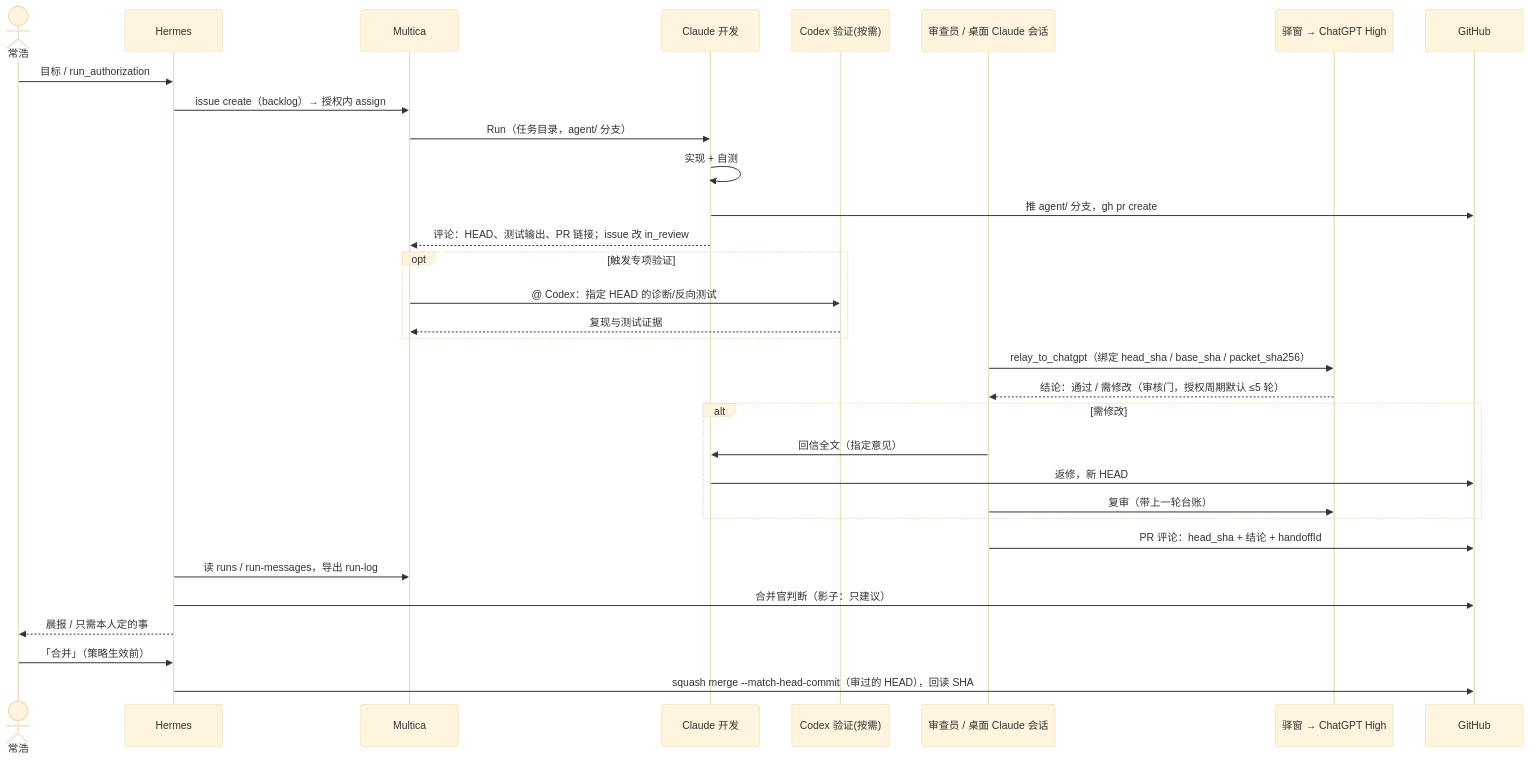
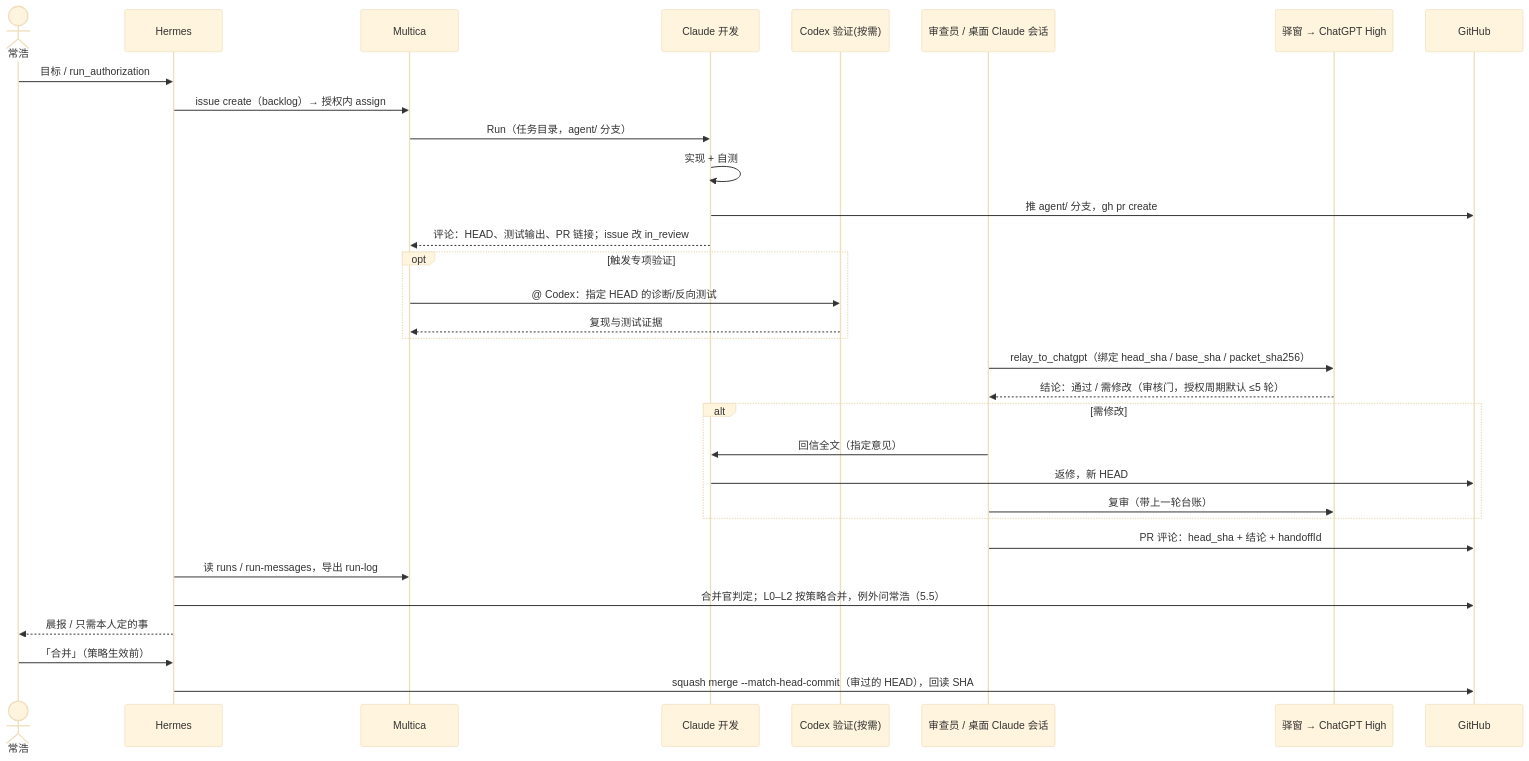
The third of 4 diagrams in docs/DT-ORC/ARCHITECTURE.md (Natsukashii1997/digital-twin), drawn with Mermaid (base theme) before and after one commit. The commit also changed other lines of this file and 5 other files, not shown here.

First line of the commit message:
合并放权（#257）文档：ADR-016、ARCHITECTURE V5.2.0（5.5 / 5.6）、常设授权清单 v2、AGENTS、合并官技能、已定内容登记

````diff
--- a/docs/DT-ORC/ARCHITECTURE.md
+++ b/docs/DT-ORC/ARCHITECTURE.md
@@ -462,34 +474,34 @@
 ```mermaid
 sequenceDiagram
     actor Owner as 常浩
     participant H as Hermes
     participant M as Multica
     participant C as Claude 开发
     participant X as Codex 验证(按需)
     participant R as 审查员 / 桌面 Claude 会话
     participant P as 驿窗 → ChatGPT High
     participant GH as GitHub
     Owner->>H: 目标 / run_authorization
     H->>M: issue create（backlog）→ 授权内 assign
     M->>C: Run（任务目录，agent/ 分支）
     C->>C: 实现 + 自测
     C->>GH: 推 agent/ 分支，gh pr create
     C-->>M: 评论：HEAD、测试输出、PR 链接；issue 改 in_review
     opt 触发专项验证
       M->>X: @ Codex：指定 HEAD 的诊断/反向测试
       X-->>M: 复现与测试证据
     end
     R->>P: relay_to_chatgpt（绑定 head_sha / base_sha / packet_sha256）
     P-->>R: 结论：通过 / 需修改（审核门，授权周期默认 ≤5 轮）
     alt 需修改
       R->>C: 回信全文（指定意见）
       C->>GH: 返修，新 HEAD
       R->>P: 复审（带上一轮台账）
     end
     R->>GH: PR 评论：head_sha + 结论 + handoffId
     H->>M: 读 runs / run-messages，导出 run-log
-    H->>GH: 合并官判断（影子：只建议）
+    H->>GH: 合并官判定；L0–L2 按策略合并，例外问常浩（5.5）
     H-->>Owner: 晨报 / 只需本人定的事
     Owner->>H: 「合并」（策略生效前）
     H->>GH: squash merge --match-head-commit（审过的 HEAD），回读 SHA
 ```
````
